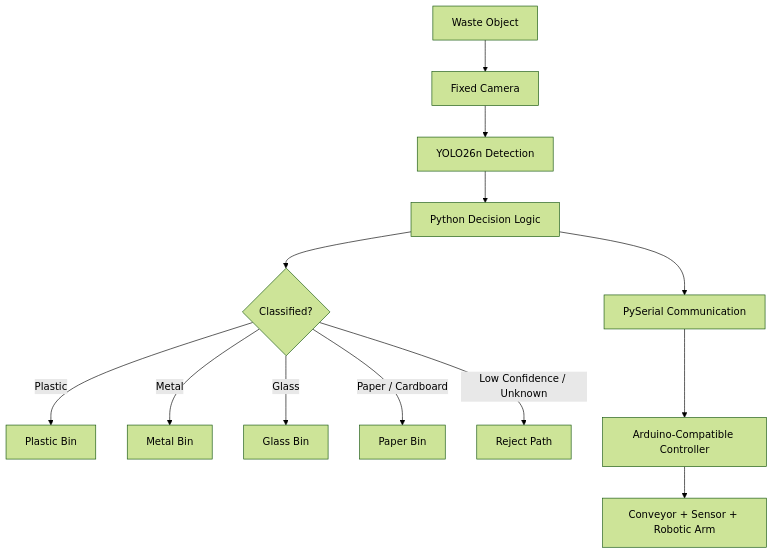
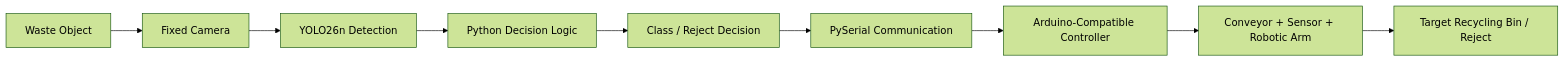
Before and after one commit to Bashar-ALZURAIQI/smart-recycle-ai-hub: the diagram in README.md, drawn with Mermaid (forest theme).

Commit message:
Fix Smart Recycle system flow

````diff
--- a/README.md
+++ b/README.md
@@ -11,15 +11,11 @@
 ```mermaid
-flowchart TD
+flowchart LR
     A[Waste Object] --> B[Fixed Camera]
     B --> C[YOLO26n Detection]
     C --> D[Python Decision Logic]
-    D --> E{Classified?}
-    E -->|Plastic| F[Plastic Bin]
-    E -->|Metal| G[Metal Bin]
-    E -->|Glass| H[Glass Bin]
-    E -->|Paper / Cardboard| I[Paper Bin]
-    E -->|Low Confidence / Unknown| J[Reject Path]
-    D --> K[PySerial Communication]
-    K --> L[Arduino-Compatible Controller]
-    L --> M[Conveyor + Sensor + Robotic Arm]
+    D --> E[Class / Reject Decision]
+    E --> F[PySerial Communication]
+    F --> G[Arduino-Compatible Controller]
+    G --> H[Conveyor + Sensor + Robotic Arm]
+    H --> I[Target Recycling Bin / Reject]
 ```
````
